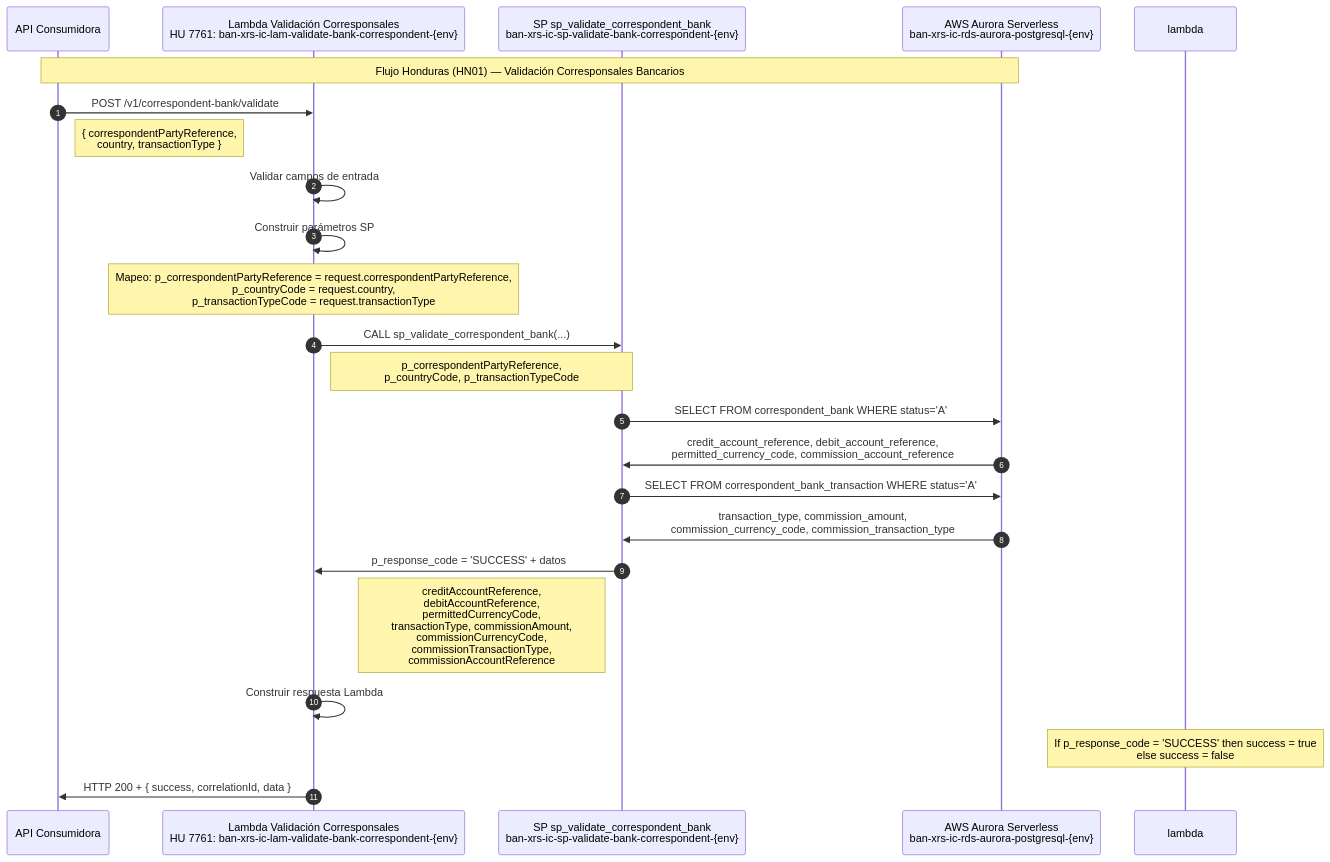
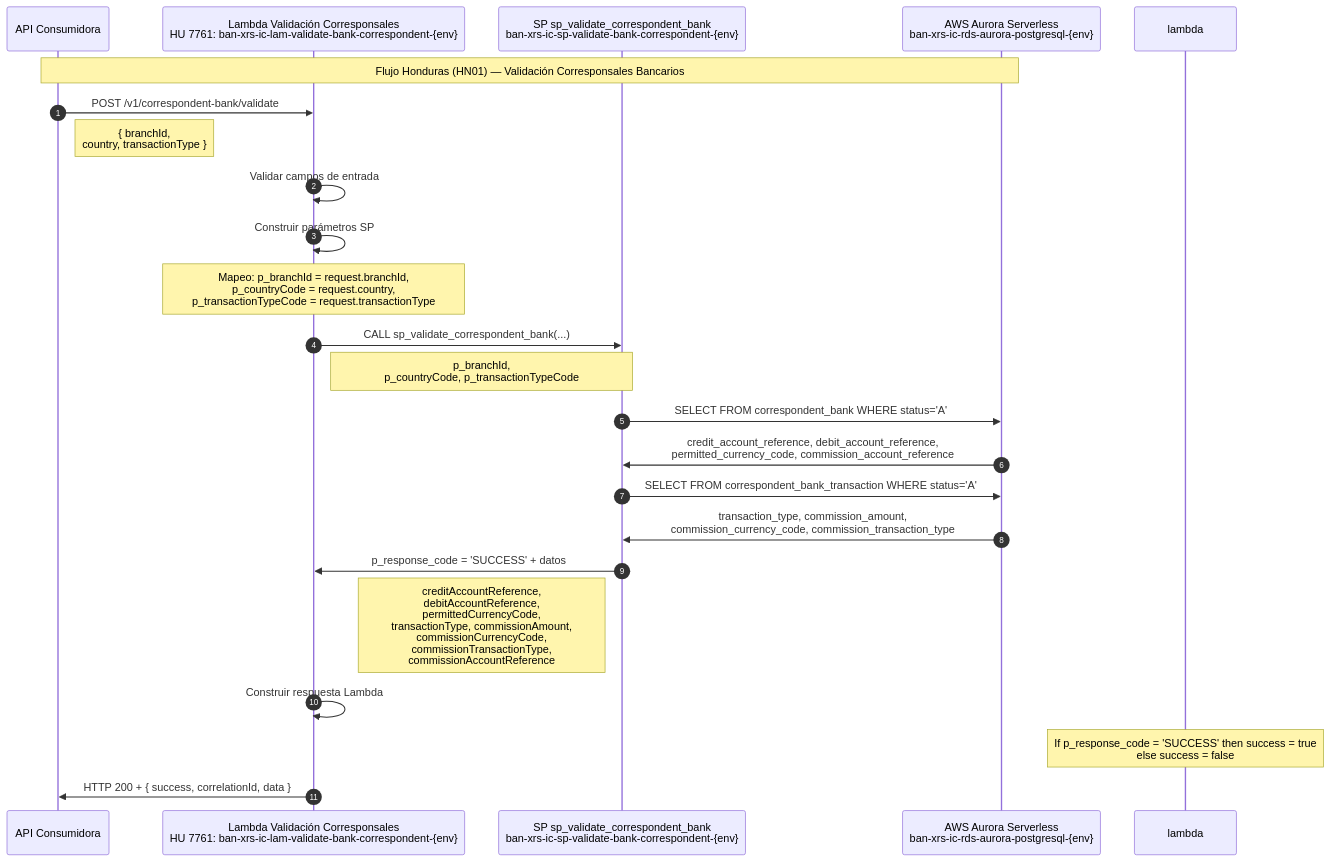
One commit to jmolano10/ficohsa-capa-media changed the diagram in ZMigrationFeature/PagoPrestamo/TO-BE-7761-lambda-04-Secuencia-HN01.mmd. Above: the diagram before and after it, drawn with Mermaid. The commit also changed 3 other files, not shown here.

```diff
--- a/ZMigrationFeature/PagoPrestamo/TO-BE-7761-lambda-04-Secuencia-HN01.mmd
+++ b/ZMigrationFeature/PagoPrestamo/TO-BE-7761-lambda-04-Secuencia-HN01.mmd
@@ -1,35 +1,35 @@
 sequenceDiagram
     autonumber
     participant API as API Consumidora
     participant Lambda as Lambda Validación Corresponsales <br/> HU 7761: ban-xrs-ic-lam-validate-bank-correspondent-{env}
     participant SP as SP sp_validate_correspondent_bank<br/>ban-xrs-ic-sp-validate-bank-correspondent-{env}
     participant Aurora as AWS Aurora Serverless<br/>ban-xrs-ic-rds-aurora-postgresql-{env}
 
     Note over API, Aurora: Flujo Honduras (HN01) — Validación Corresponsales Bancarios
 
     API->>Lambda: POST /v1/correspondent-bank/validate
-    Note right of API: { correspondentPartyReference,<br/> country, transactionType }
+    Note right of API: { branchId,<br/> country, transactionType }
 
     Lambda->>Lambda: Validar campos de entrada
 
     Lambda->>Lambda: Construir parámetros SP
-    Note over Lambda:Mapeo: p_correspondentPartyReference = request.correspondentPartyReference, <br> p_countryCode = request.country, <br> p_transactionTypeCode = request.transactionType
+    Note over Lambda:Mapeo: p_branchId = request.branchId, <br> p_countryCode = request.country, <br> p_transactionTypeCode = request.transactionType
 
     Lambda->>SP: CALL sp_validate_correspondent_bank(...)
-    Note right of Lambda: p_correspondentPartyReference,<br/> p_countryCode, p_transactionTypeCode
+    Note right of Lambda: p_branchId,<br/> p_countryCode, p_transactionTypeCode
 
     SP->>Aurora: SELECT FROM correspondent_bank WHERE status='A'
 
     Aurora->>SP: credit_account_reference, debit_account_reference,<br/> permitted_currency_code, commission_account_reference
 
     SP->>Aurora: SELECT FROM correspondent_bank_transaction WHERE status='A'
 
     Aurora->>SP: transaction_type, commission_amount,<br/> commission_currency_code, commission_transaction_type
 
     SP->>Lambda: p_response_code = 'SUCCESS' + datos
     Note left of SP: creditAccountReference,<br/> debitAccountReference,<br/> permittedCurrencyCode,<br/> transactionType, commissionAmount,<br/> commissionCurrencyCode,<br/> commissionTransactionType,<br/> commissionAccountReference
 
     Lambda->>Lambda: Construir respuesta Lambda 
     Note over lambda:  If p_response_code = 'SUCCESS' then success = true <br> else success = false
 
     Lambda->>API: HTTP 200 + { success, correlationId, data }
```
